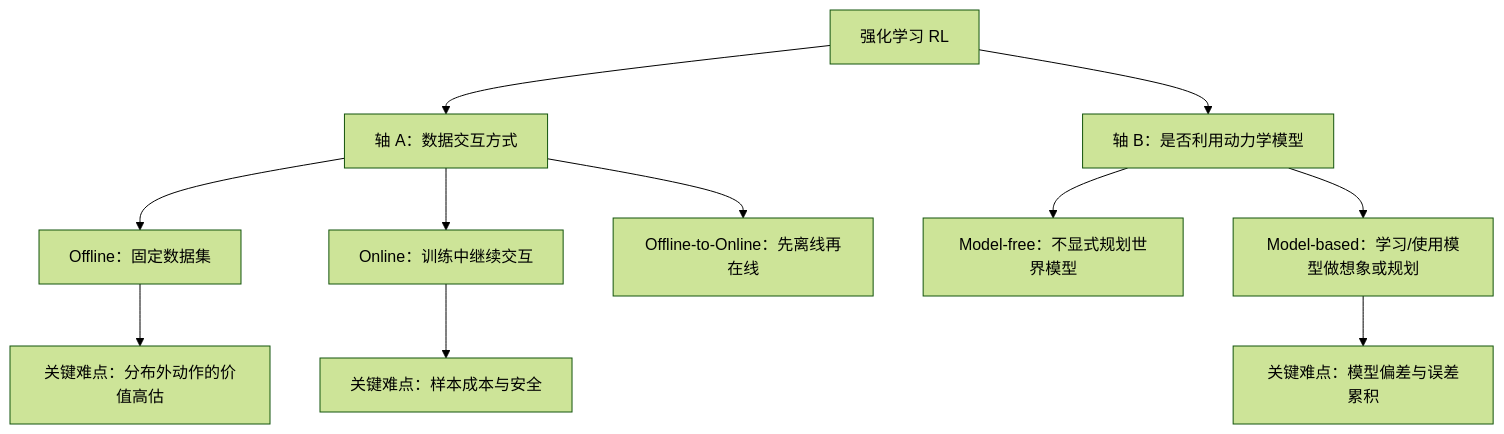
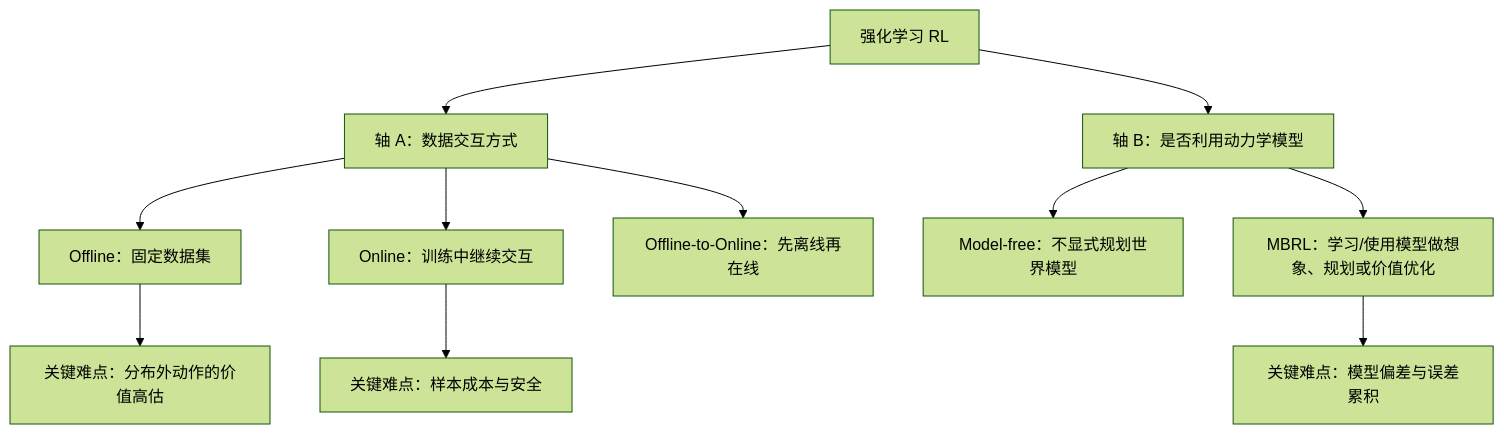
One commit to Faraday-2024/Embodied-AI-Start changed the fifth of 7 diagrams in docs/knowledge-map.md. Above: the diagram before and after it, drawn with Mermaid (forest theme). The commit also changed other lines of this file and 9 other files, not shown here.

````diff
--- a/docs/knowledge-map.md
+++ b/docs/knowledge-map.md
@@ -89,16 +137,16 @@
 ```mermaid
 flowchart TD
     RL["强化学习 RL"] --> DATA["轴 A：数据交互方式"]
     RL --> MODEL["轴 B：是否利用动力学模型"]
 
     DATA --> OFF["Offline：固定数据集"]
     DATA --> ON["Online：训练中继续交互"]
     DATA --> HY["Offline-to-Online：先离线再在线"]
 
     MODEL --> MF["Model-free：不显式规划世界模型"]
-    MODEL --> MB["Model-based：学习/使用模型做想象或规划"]
+    MODEL --> MB["MBRL：学习/使用模型做想象、规划或价值优化"]
 
     OFF --> OOD["关键难点：分布外动作的价值高估"]
     ON --> SAMPLE["关键难点：样本成本与安全"]
     MB --> ERR["关键难点：模型偏差与误差累积"]
 ```
````
